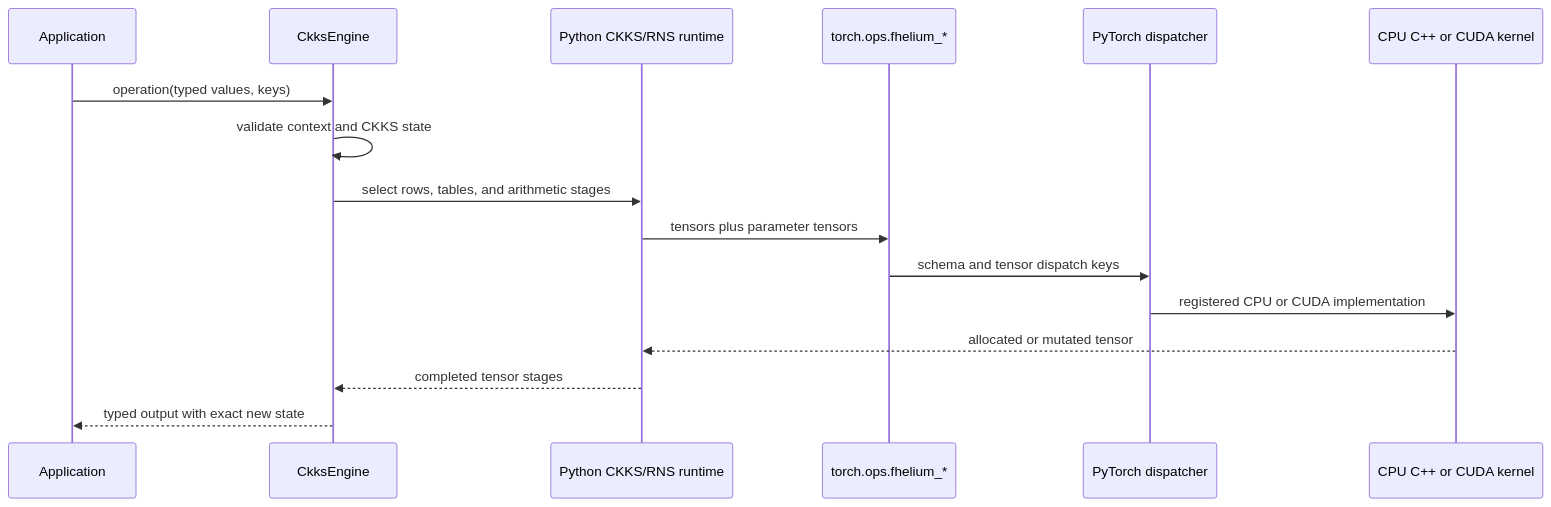
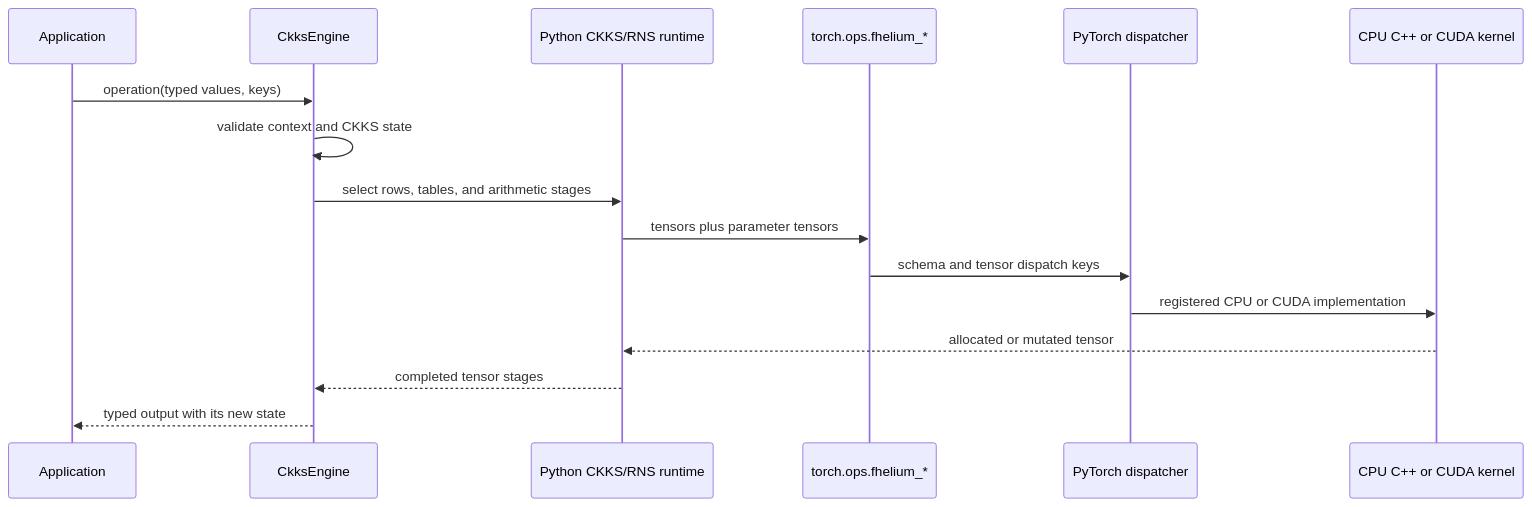
The third of 5 diagrams in docs/concepts/architecture/system-overview.md (visualDust/fhelium), drawn with Mermaid before and after one commit. The commit also changed other lines of this file and 222 other files, not shown here.

````diff
--- a/docs/concepts/architecture/system-overview.md
+++ b/docs/concepts/architecture/system-overview.md
@@ -95,19 +95,19 @@
 ```mermaid
 sequenceDiagram
     participant App as Application
     participant API as CkksEngine
     participant Run as Python CKKS/RNS runtime
     participant Op as torch.ops.fhelium_*
     participant Disp as PyTorch dispatcher
     participant Native as CPU C++ or CUDA kernel
 
     App->>API: operation(typed values, keys)
     API->>API: validate context and CKKS state
     API->>Run: select rows, tables, and arithmetic stages
     Run->>Op: tensors plus parameter tensors
     Op->>Disp: schema and tensor dispatch keys
     Disp->>Native: registered CPU or CUDA implementation
     Native-->>Run: allocated or mutated tensor
     Run-->>API: completed tensor stages
-    API-->>App: typed output with exact new state
+    API-->>App: typed output with its new state
 ```
````
